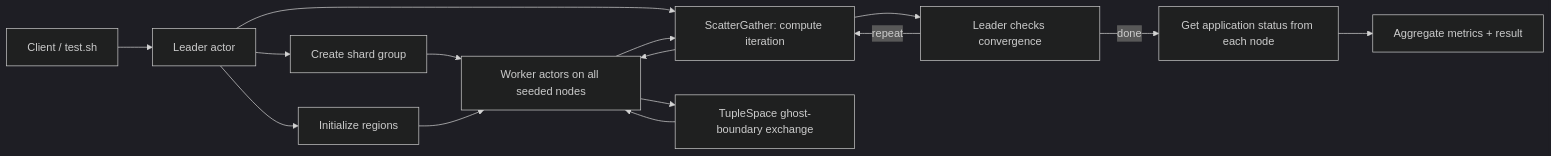
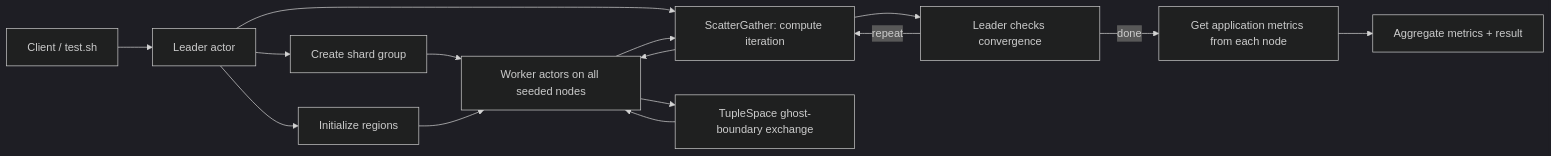
The first of 2 diagrams in examples/rust/apps/heat_diffusion/README.md (bhatti/PlexSpaces), drawn with Mermaid (dark theme) before and after one commit. The commit also changed other lines of this file and 414 other files, not shown here.

````diff
--- a/examples/rust/apps/heat_diffusion/README.md
+++ b/examples/rust/apps/heat_diffusion/README.md
@@ -19,17 +19,17 @@
 ```mermaid
 flowchart LR
   client["Client / test.sh"] --> leader["Leader actor"]
   leader --> create["Create shard group"]
   create --> workers["Worker actors on all seeded nodes"]
   leader --> init["Initialize regions"]
   init --> workers
   leader --> scatter["ScatterGather: compute iteration"]
   scatter --> workers
   workers --> tuple["TupleSpace ghost-boundary exchange"]
   tuple --> workers
   workers --> scatter
   scatter --> converge["Leader checks convergence"]
   converge -->|repeat| scatter
-  converge -->|done| status["Get application status from each node"]
-  status --> output["Aggregate metrics + result"]
+  converge -->|done| metrics["Get application metrics from each node"]
+  metrics --> output["Aggregate metrics + result"]
 ```
````
